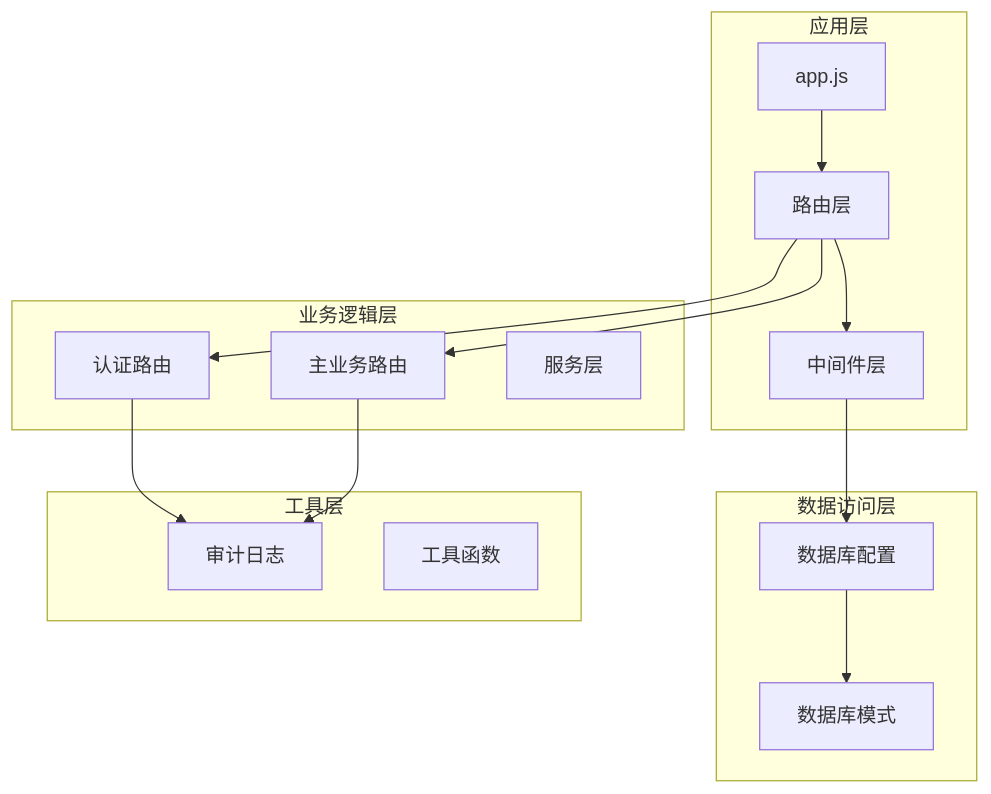
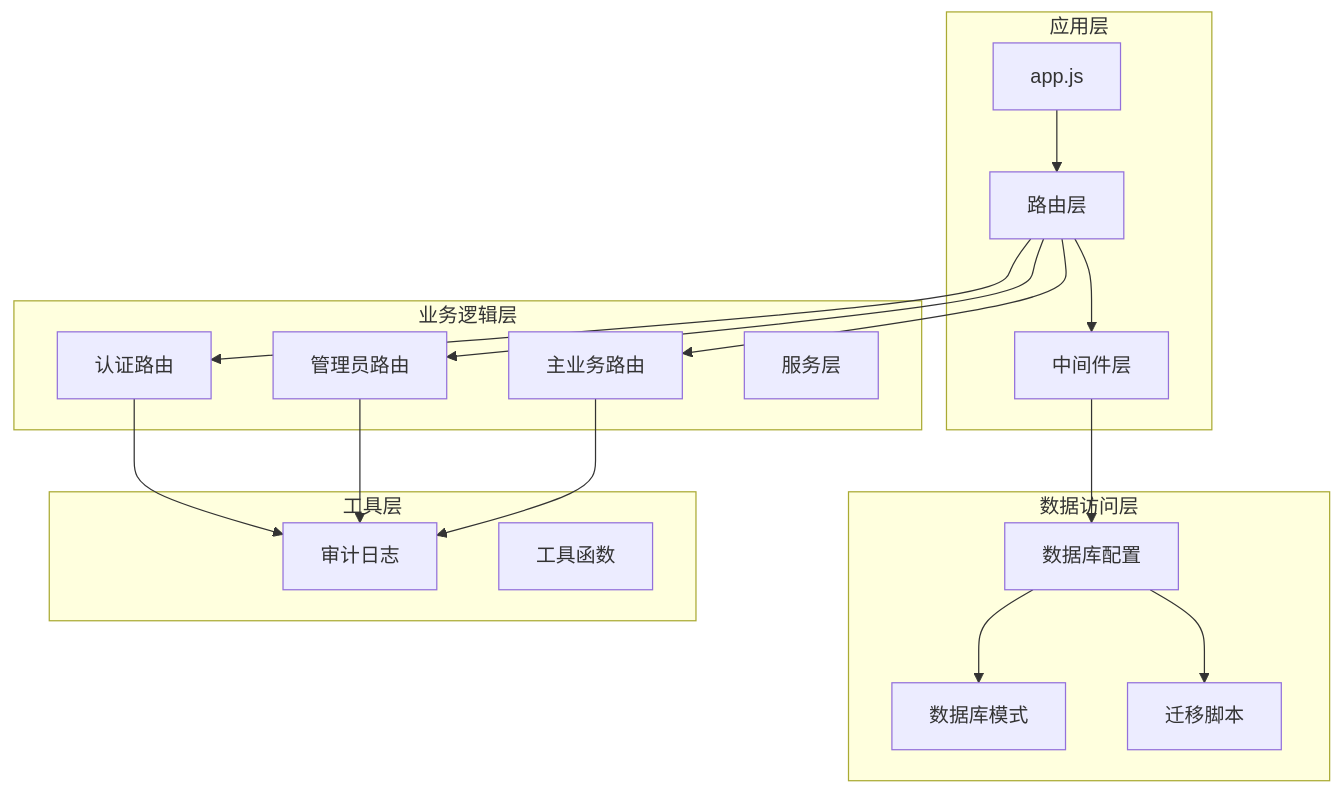
The first of 11 diagrams in .qoder/repowiki/zh/content/后端API文档/用户管理API.md (Juny09/inventory_system), drawn with Mermaid before and after one commit. The commit also changed other lines of this file and 53 other files, not shown here.

````diff
--- a/.qoder/repowiki/zh/content/后端API文档/用户管理API.md
+++ b/.qoder/repowiki/zh/content/后端API文档/用户管理API.md
@@ -37,29 +47,34 @@
 ```mermaid
 graph TB
 subgraph "应用层"
 APP[app.js]
 ROUTES[路由层]
 MIDDLEWARE[中间件层]
 end
 subgraph "业务逻辑层"
 AUTH_ROUTES[认证路由]
+ADMIN_ROUTES[管理员路由]
 MASTER_ROUTES[主业务路由]
 SERVICES[服务层]
 end
 subgraph "数据访问层"
 DB_CONFIG[数据库配置]
 SCHEMA[数据库模式]
+MIGRATIONS[迁移脚本]
 end
 subgraph "工具层"
 AUDIT[审计日志]
 UTILS[工具函数]
 end
 APP --> ROUTES
 ROUTES --> AUTH_ROUTES
+ROUTES --> ADMIN_ROUTES
 ROUTES --> MASTER_ROUTES
 ROUTES --> MIDDLEWARE
 MIDDLEWARE --> DB_CONFIG
 DB_CONFIG --> SCHEMA
+DB_CONFIG --> MIGRATIONS
 AUTH_ROUTES --> AUDIT
+ADMIN_ROUTES --> AUDIT
 MASTER_ROUTES --> AUDIT
 ```
````
